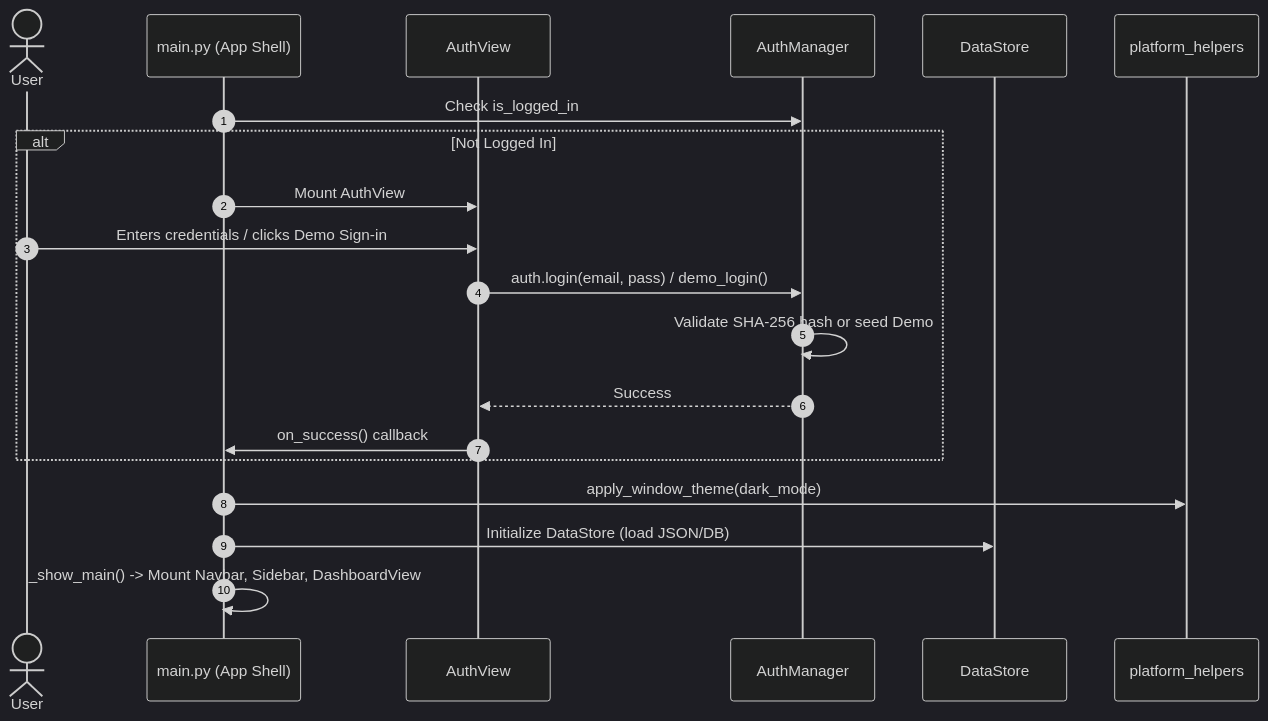
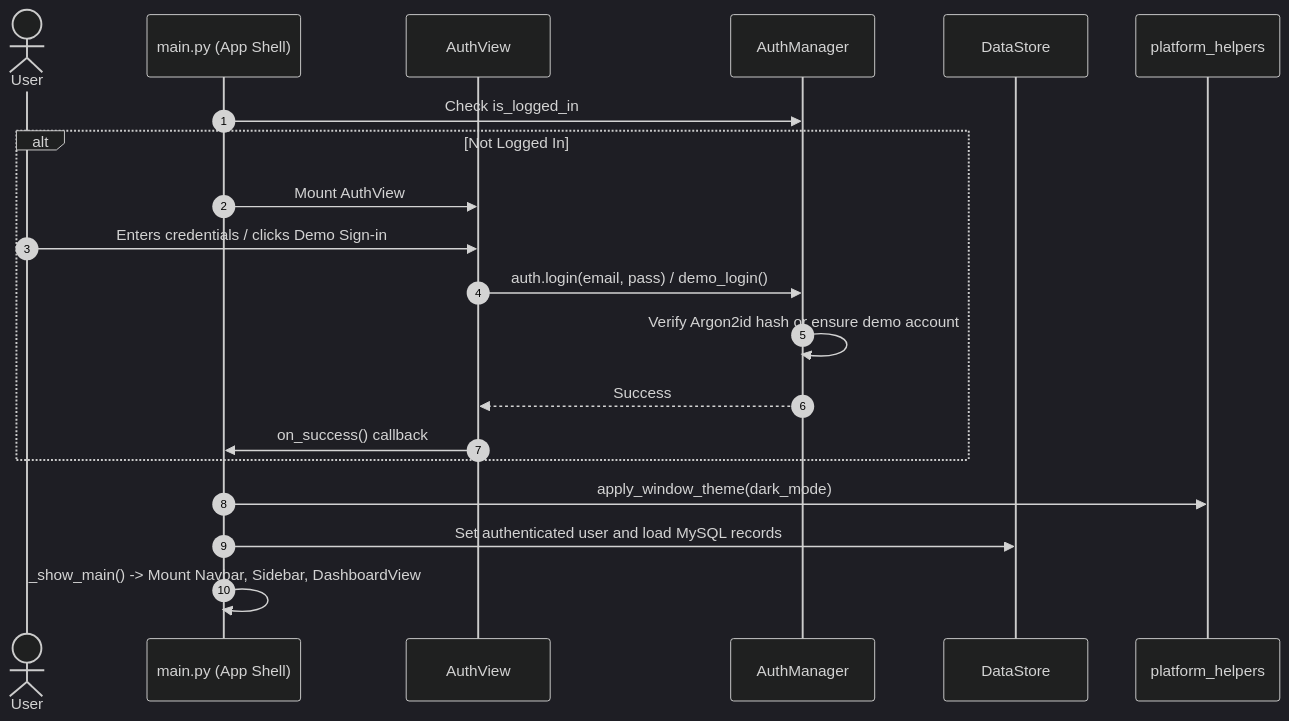
Before and after one commit to RajRishabh15/OneDesk-Tkinter: the third of 6 diagrams in PROJECT_EXPLANATION.md, drawn with Mermaid (dark theme). The commit also changed other lines of this file and 1 other file, not shown here.

Commit message:
docs: update PROJECT_EXPLANATION and README for MySQL persistence and local setup instructions

````diff
--- a/PROJECT_EXPLANATION.md
+++ b/PROJECT_EXPLANATION.md
@@ -433,23 +428,23 @@
 ```mermaid
 sequenceDiagram
     autonumber
     actor User
     participant Main as main.py (App Shell)
     participant AuthView as AuthView
     participant AuthMgr as AuthManager
     participant Store as DataStore
     participant DWM as platform_helpers
 
     Main->>AuthMgr: Check is_logged_in
     alt Not Logged In
         Main->>AuthView: Mount AuthView
         User->>AuthView: Enters credentials / clicks Demo Sign-in
         AuthView->>AuthMgr: auth.login(email, pass) / demo_login()
-        AuthMgr->>AuthMgr: Validate SHA-256 hash or seed Demo
+        AuthMgr->>AuthMgr: Verify Argon2id hash or ensure demo account
         AuthMgr-->>AuthView: Success
         AuthView->>Main: on_success() callback
     end
     Main->>DWM: apply_window_theme(dark_mode)
-    Main->>Store: Initialize DataStore (load JSON/DB)
+    Main->>Store: Set authenticated user and load MySQL records
     Main->>Main: _show_main() -> Mount Navbar, Sidebar, DashboardView
 ```
````
